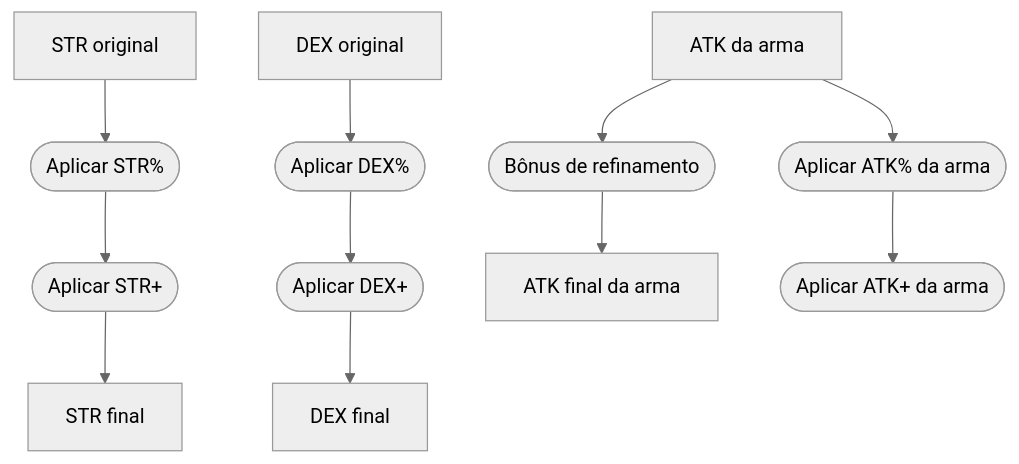
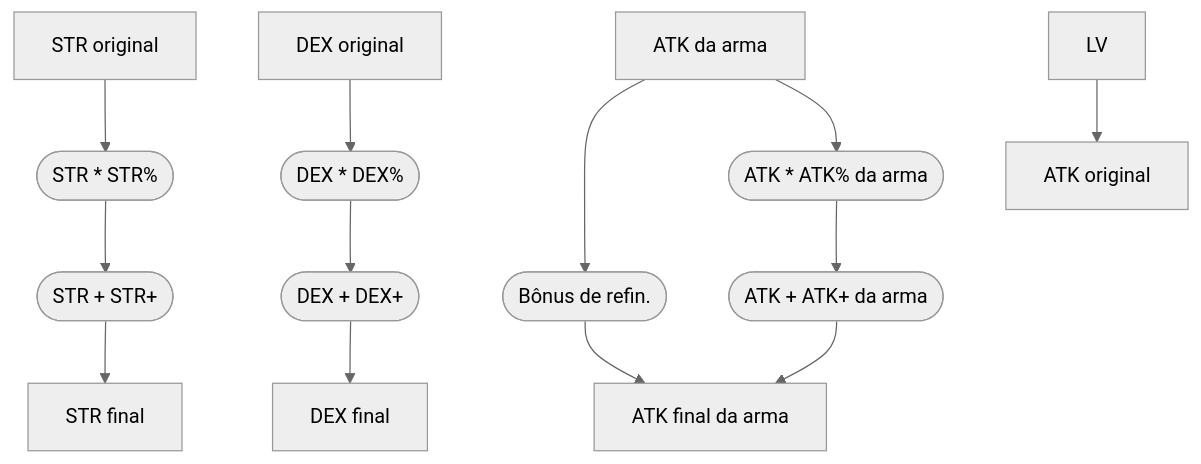
Before and after one commit to MateusRyu/Shikigami: the diagram in 2024-07-09-Toram_Status.md, drawn with Mermaid (neutral theme).

Commit message:
vault backup: 2024-07-09 02:00:21
Affected files:
2024-07-09-Toram_Status.md

````diff
--- a/2024-07-09-Toram_Status.md
+++ b/2024-07-09-Toram_Status.md
@@ -66,9 +66,10 @@
 ```mermaid
 flowchart TD
-a[STR original] --> a1([Aplicar STR%]) --> a2([Aplicar STR+]) --> a3[STR final]
-b[DEX original] --> b1([Aplicar DEX%]) --> b2([Aplicar DEX+]) --> b3[DEX final]
-c[ATK da arma] --> c0([Bônus de refinamento]) --> c3[ATK final da arma]
-c --> c1([Aplicar ATK% da arma]) --> c2([Aplicar ATK+ da arma])
+a[STR original] --> a1([STR * STR%]) --> a2([STR + STR+]) --> a3[STR final]
+b[DEX original] --> b1([DEX * DEX%]) --> b2([DEX + DEX+]) --> b3[DEX final]
+c[ATK da arma] --> c0([Bônus de refin.]) --> c3[ATK final da arma]
+c --> c1([ATK * ATK% da arma]) --> c2([ATK + ATK+ da arma]) --> c3
+d[LV] --> e[ATK original]
 
 
 ```
````
